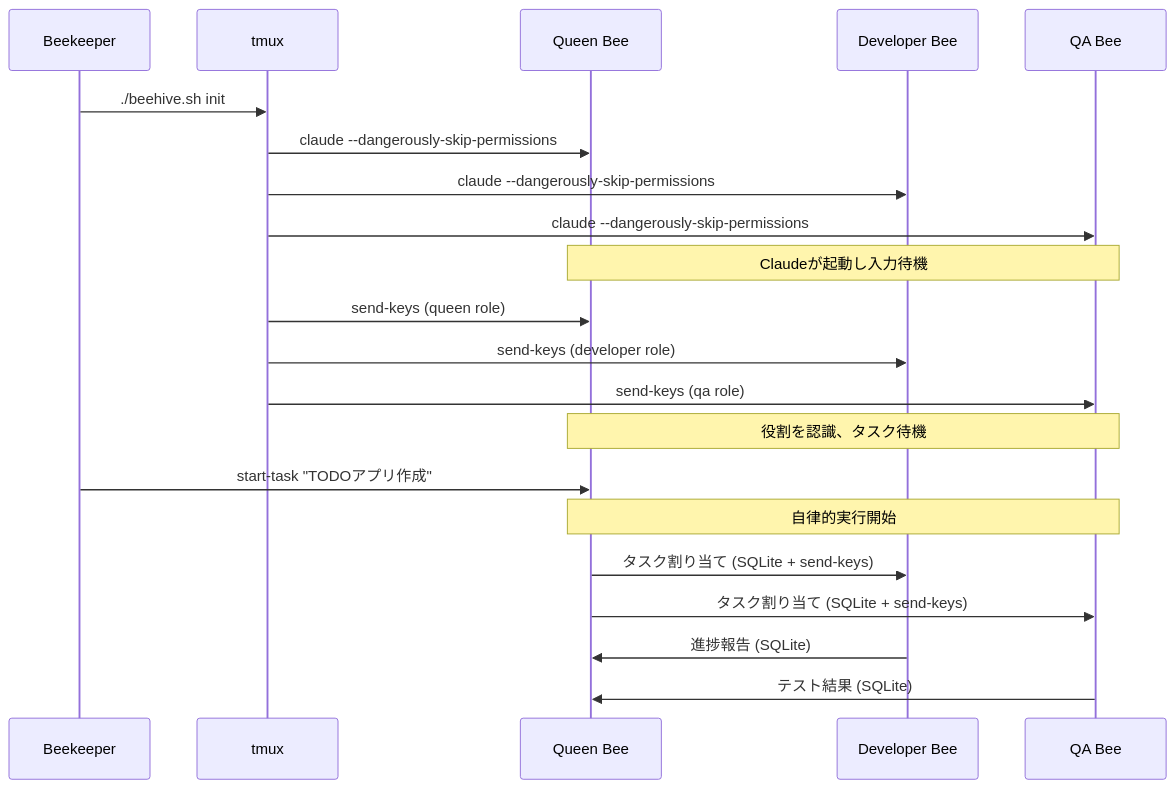
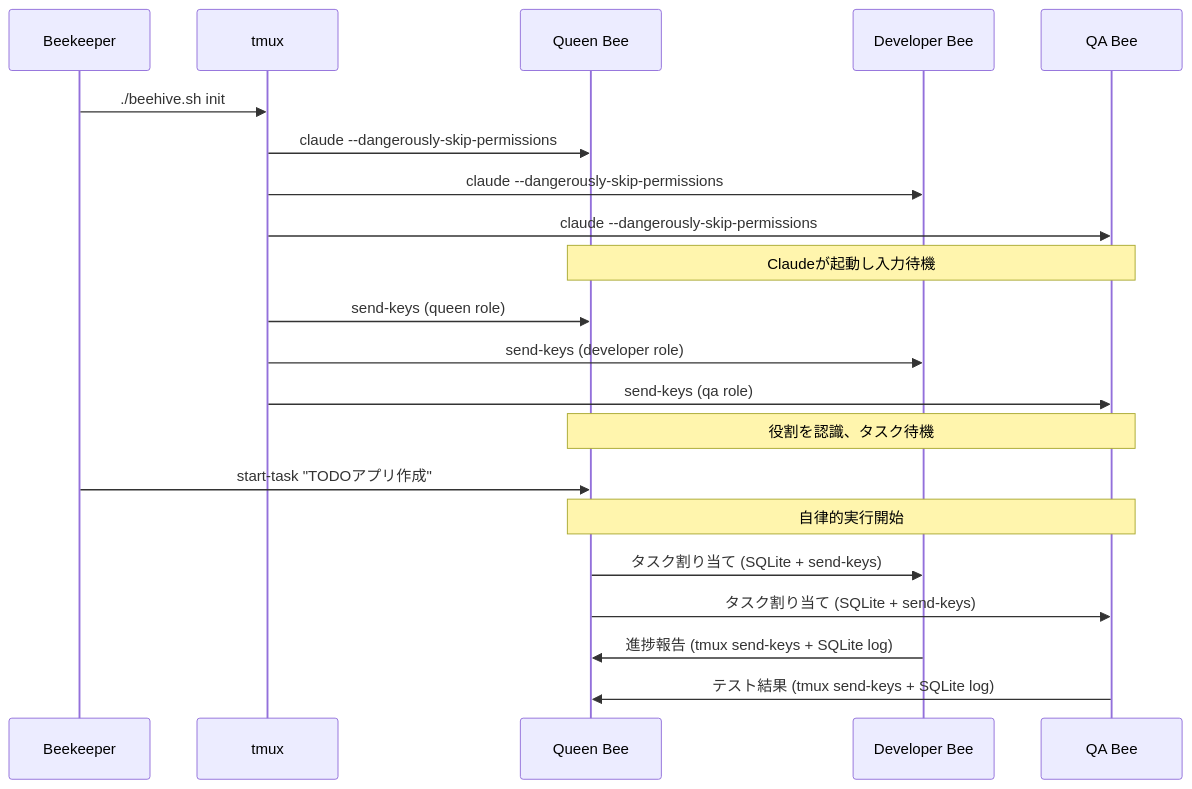
Before and after one commit to nyasuto/hive: the diagram in README.md, drawn with Mermaid. The commit also changed other lines of this file, not shown here.

````diff
--- a/README.md
+++ b/README.md
@@ -69,26 +98,26 @@
 ```mermaid
 sequenceDiagram
     participant BK as Beekeeper
     participant TM as tmux
     participant Q as Queen Bee
     participant D as Developer Bee
     participant QA as QA Bee
     
     BK->>TM: ./beehive.sh init
     TM->>Q: claude --dangerously-skip-permissions
     TM->>D: claude --dangerously-skip-permissions
     TM->>QA: claude --dangerously-skip-permissions
     Note over Q,QA: Claudeが起動し入力待機
     
     TM->>Q: send-keys (queen role)
     TM->>D: send-keys (developer role)
     TM->>QA: send-keys (qa role)
     Note over Q,QA: 役割を認識、タスク待機
     
     BK->>Q: start-task "TODOアプリ作成"
     Note over Q,QA: 自律的実行開始
     Q->>D: タスク割り当て (SQLite + send-keys)
     Q->>QA: タスク割り当て (SQLite + send-keys)
-    D->>Q: 進捗報告 (SQLite)
-    QA->>Q: テスト結果 (SQLite)
+    D->>Q: 進捗報告 (tmux send-keys + SQLite log)
+    QA->>Q: テスト結果 (tmux send-keys + SQLite log)
 ```
````
